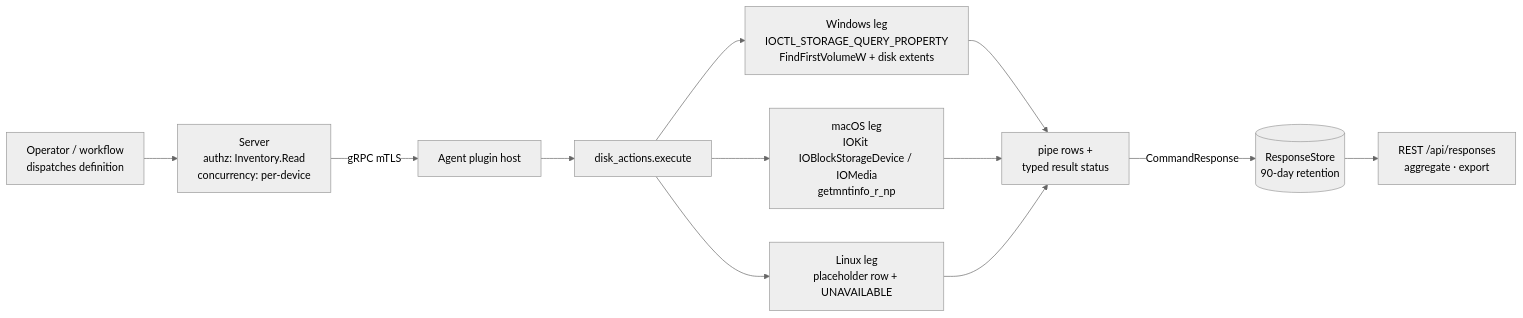
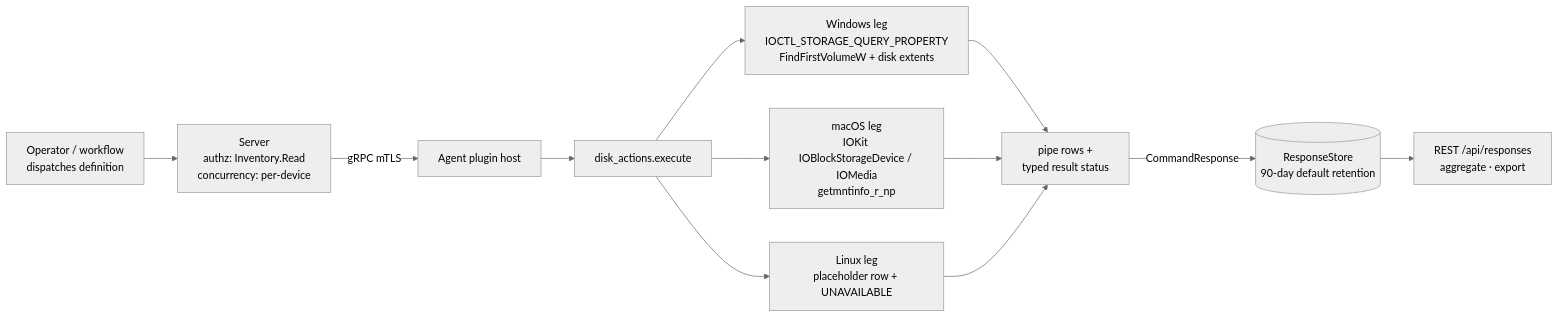
The diagram in agents/plugins/disk_actions/README.md (Tr3kkR/Yuzu), drawn with Mermaid (neutral theme) before and after one commit. The commit also changed other lines of this file and 27 other files, not shown here.

````diff
--- a/agents/plugins/disk_actions/README.md
+++ b/agents/plugins/disk_actions/README.md
@@ -23,12 +23,12 @@
 ```mermaid
 flowchart LR
   OP[Operator / workflow<br/>dispatches definition] --> SRV[Server<br/>authz: Inventory.Read<br/>concurrency: per-device]
   SRV -- gRPC mTLS --> HOST[Agent plugin host]
   HOST --> EX[disk_actions.execute]
   EX --> WIN[Windows leg<br/>IOCTL_STORAGE_QUERY_PROPERTY<br/>FindFirstVolumeW + disk extents]
   EX --> MAC[macOS leg<br/>IOKit IOBlockStorageDevice / IOMedia<br/>getmntinfo_r_np]
   EX --> LIN[Linux leg<br/>placeholder row + UNAVAILABLE]
   WIN & MAC & LIN --> ROWS[pipe rows +<br/>typed result status]
-  ROWS -- CommandResponse --> RS[(ResponseStore<br/>90-day retention)]
+  ROWS -- CommandResponse --> RS[(ResponseStore<br/>90-day default retention)]
   RS --> API[REST /api/responses<br/>aggregate · export]
 ```
````
